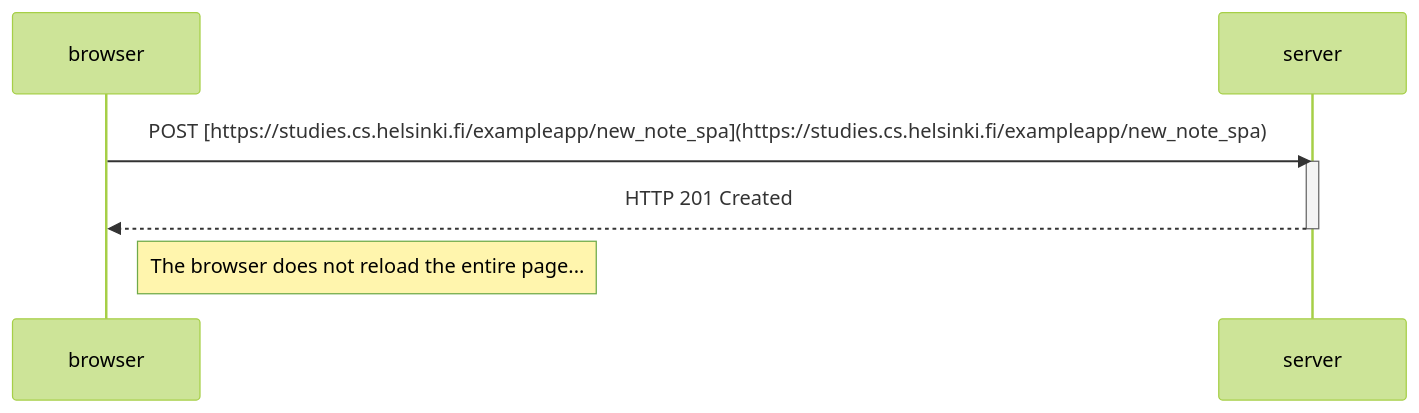
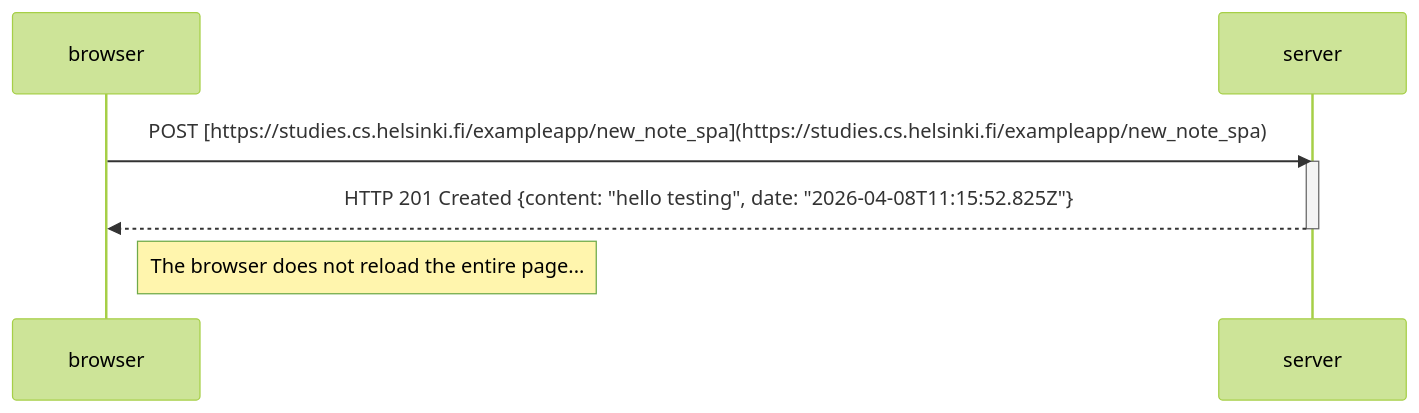
One commit to aungmyatmoe2021/fullstackopen changed the diagram in part0/0.6_NewNoteInSinglePageAppDiagram.md. Above: the diagram before and after it, drawn with Mermaid (forest theme).

Commit message:
commit : 0.6: New note in Single page app diagram.

````diff
--- a/part0/0.6_NewNoteInSinglePageAppDiagram.md
+++ b/part0/0.6_NewNoteInSinglePageAppDiagram.md
@@ -1,12 +1,12 @@
 ```mermaid
 sequenceDiagram
     participant browser
     participant server
 
     browser->>server: POST [https://studies.cs.helsinki.fi/exampleapp/new_note_spa](https://studies.cs.helsinki.fi/exampleapp/new_note_spa)
     activate server
-    server-->>browser: HTTP 201 Created
+    server-->>browser: HTTP 201 Created {content: "hello testing", date: "2026-04-08T11:15:52.825Z"}
     deactivate server
     
     Note right of browser: The browser does not reload the entire page...
 ```
````
